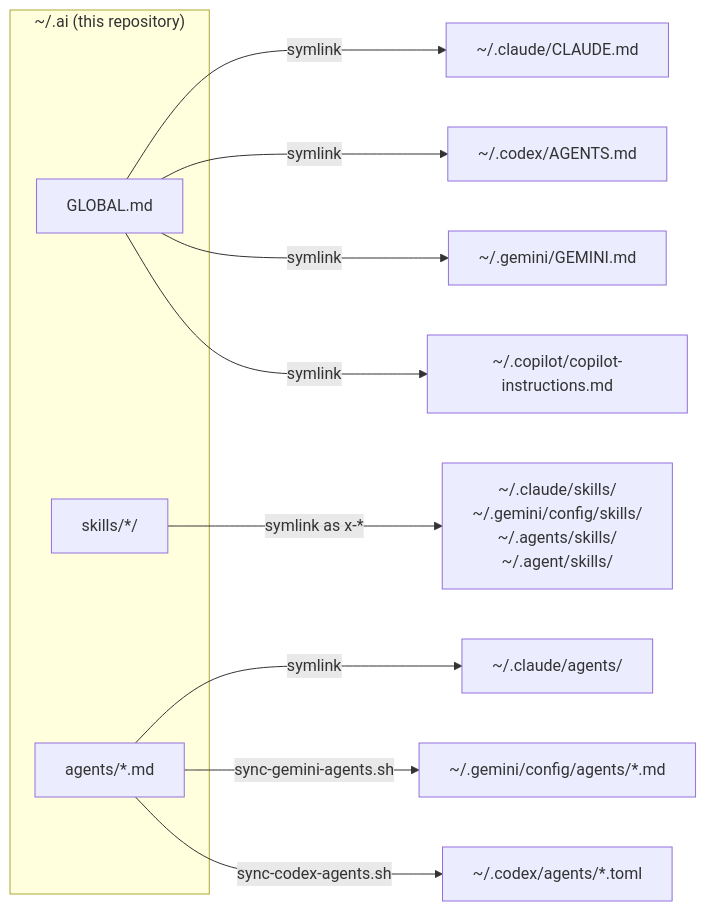
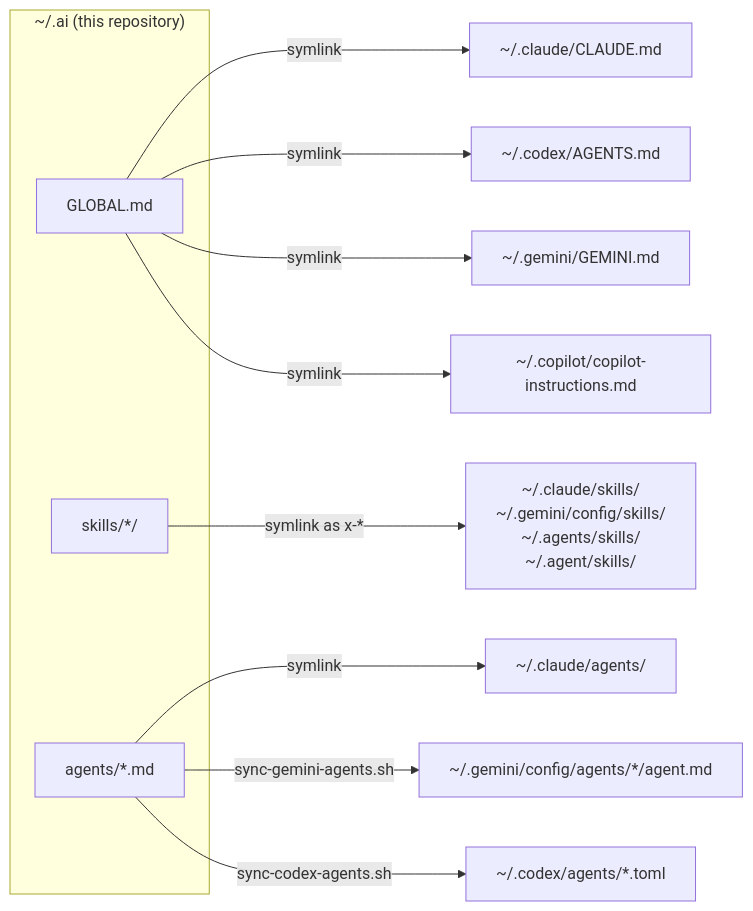
Before and after one commit to themkvz/formain-setup: the diagram in README.md, drawn with Mermaid. The commit also changed other lines of this file and 12 other files, not shown here.

First line of the commit message:
feat: update Gemini agent sync and browser guidance

````diff
--- a/README.md
+++ b/README.md
@@ -34,19 +34,19 @@
 ```mermaid
 flowchart LR
   subgraph repo["~/.ai (this repository)"]
     G["GLOBAL.md"]
     S["skills/*/"]
     A["agents/*.md"]
   end
 
   G -- symlink --> CL["~/.claude/CLAUDE.md"]
   G -- symlink --> CX["~/.codex/AGENTS.md"]
   G -- symlink --> GM["~/.gemini/GEMINI.md"]
   G -- symlink --> CP["~/.copilot/copilot-instructions.md"]
 
   S -- "symlink as x-*" --> SK["~/.claude/skills/<br/>~/.gemini/config/skills/<br/>~/.agents/skills/<br/>~/.agent/skills/"]
 
   A -- symlink --> AG["~/.claude/agents/"]
-  A -- "sync-gemini-agents.sh" --> GA["~/.gemini/config/agents/*.md"]
+  A -- "sync-gemini-agents.sh" --> GA["~/.gemini/config/agents/*/agent.md"]
   A -- "sync-codex-agents.sh" --> CT["~/.codex/agents/*.toml"]
 ```
````
